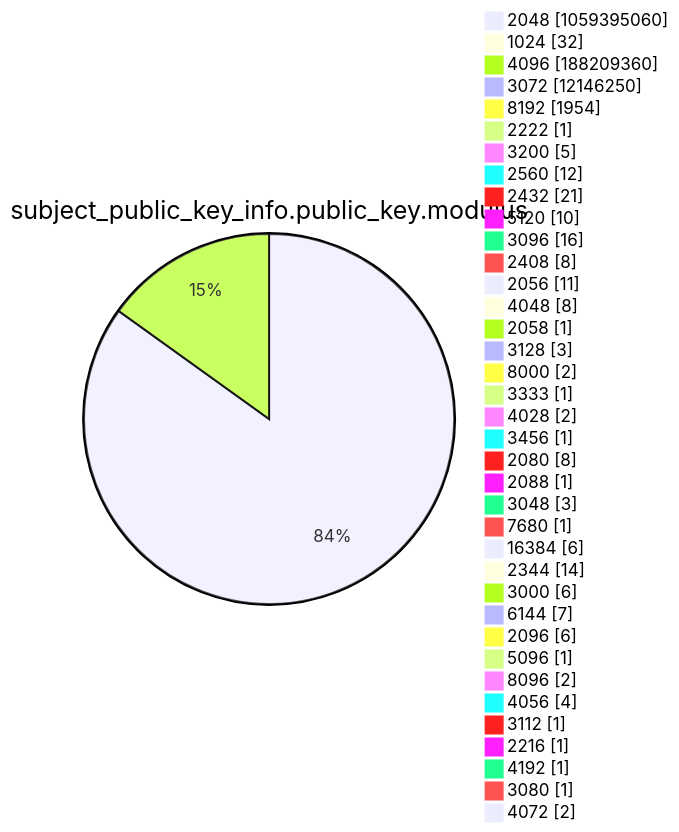
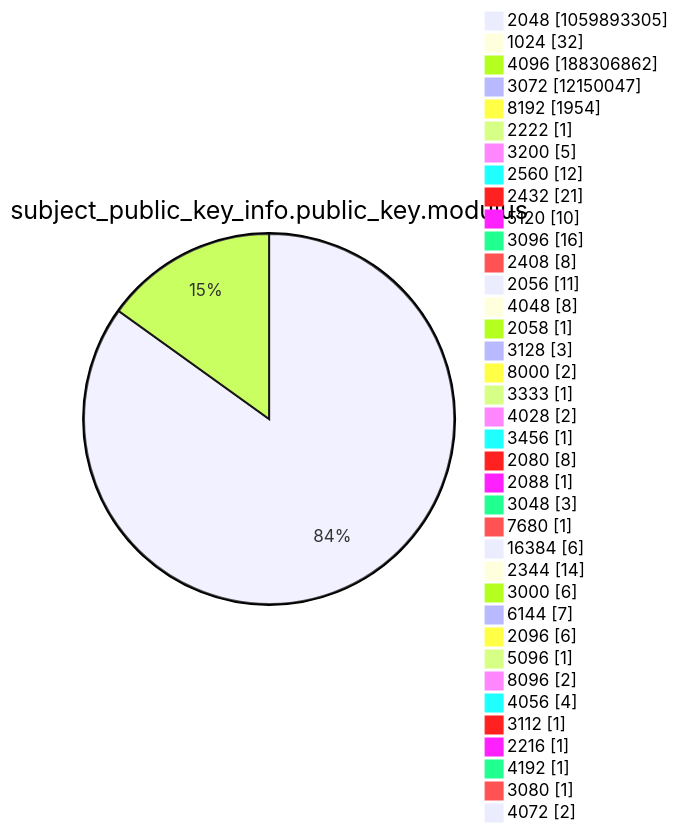
One commit to christiankrug/ctmonitor_visualization changed diagram 13 of 15 in argon2022/README.md. Above: the diagram before and after it, drawn with Mermaid. The commit also changed other lines of this file, not shown here.

````diff
--- a/argon2022/README.md
+++ b/argon2022/README.md
@@ -3589,41 +3589,41 @@
 ```mermaid
 pie showData
 title subject_public_key_info.public_key.modulus
-"2048" :1059395060
+"2048" :1059893305
 "1024" :32
-"4096" :188209360
-"3072" :12146250
+"4096" :188306862
+"3072" :12150047
 "8192" :1954
 "2222" :1
 "3200" :5
 "2560" :12
 "2432" :21
 "5120" :10
 "3096" :16
 "2408" :8
 "2056" :11
 "4048" :8
 "2058" :1
 "3128" :3
 "8000" :2
 "3333" :1
 "4028" :2
 "3456" :1
 "2080" :8
 "2088" :1
 "3048" :3
 "7680" :1
 "16384" :6
 "2344" :14
 "3000" :6
 "6144" :7
 "2096" :6
 "5096" :1
 "8096" :2
 "4056" :4
 "3112" :1
 "2216" :1
 "4192" :1
 "3080" :1
 "4072" :2
 ```
````
